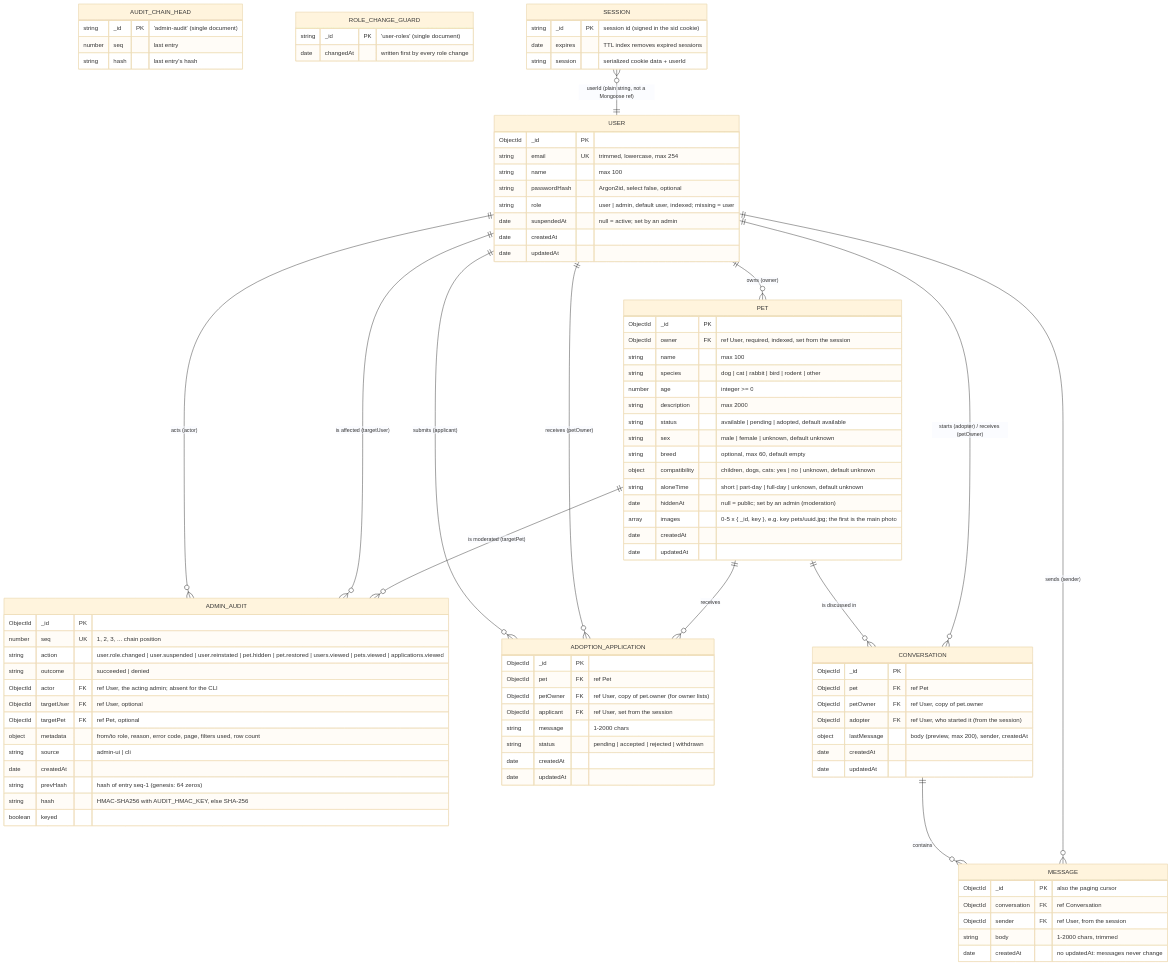
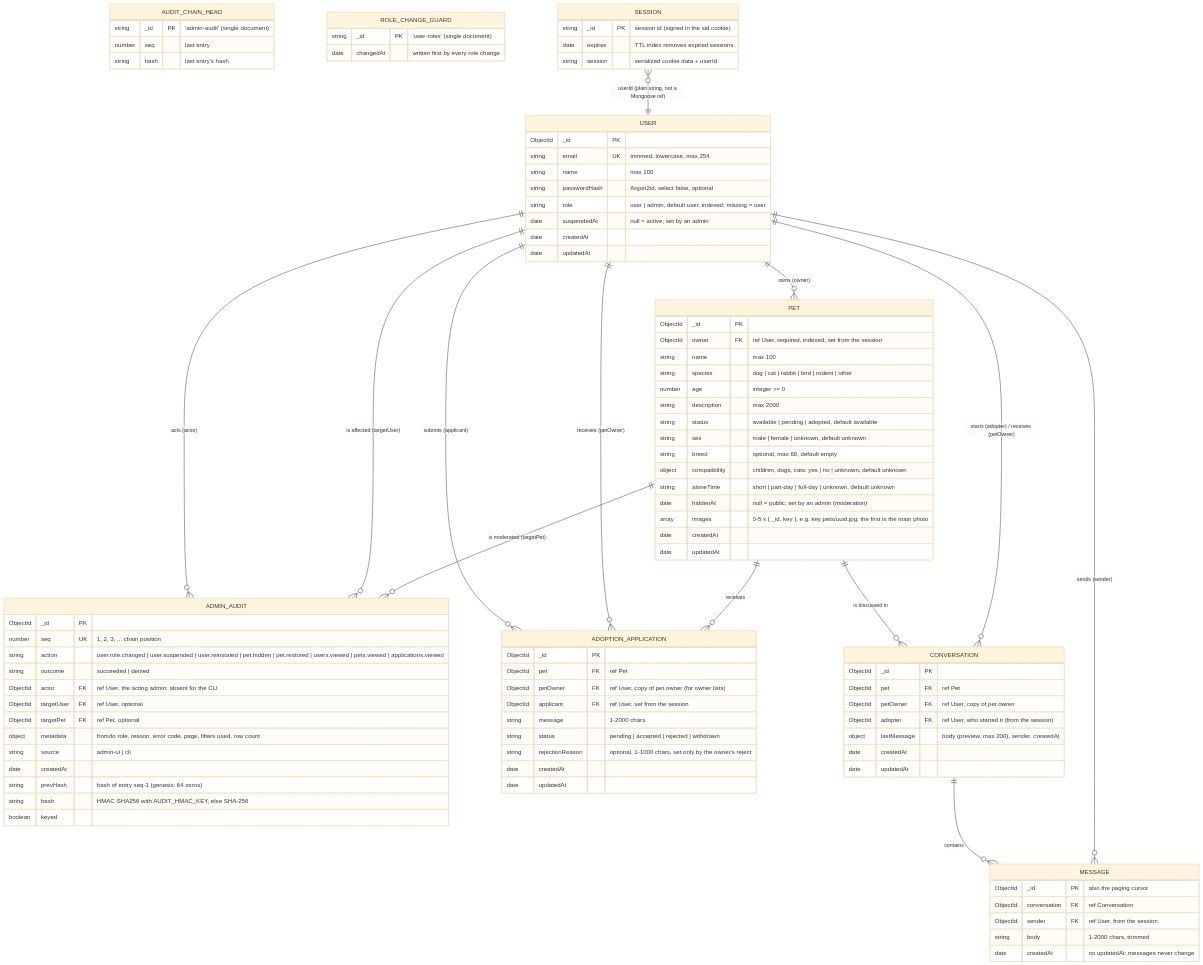
The seventh of 14 diagrams in docs/architecture.md (BojanSovtic/pet-adoption-system), drawn with Mermaid (base theme) before and after one commit. The commit also changed other lines of this file and 32 other files, not shown here.

```diff
--- a/docs/architecture.md
+++ b/docs/architecture.md
@@ -372,6 +372,7 @@
     ObjectId applicant FK "ref User, set from the session"
     string message "1-2000 chars"
     string status "pending | accepted | rejected | withdrawn"
+    string rejectionReason "optional, 1-1000 chars, set only by the owner's reject"
     date createdAt
     date updatedAt
   }
```
